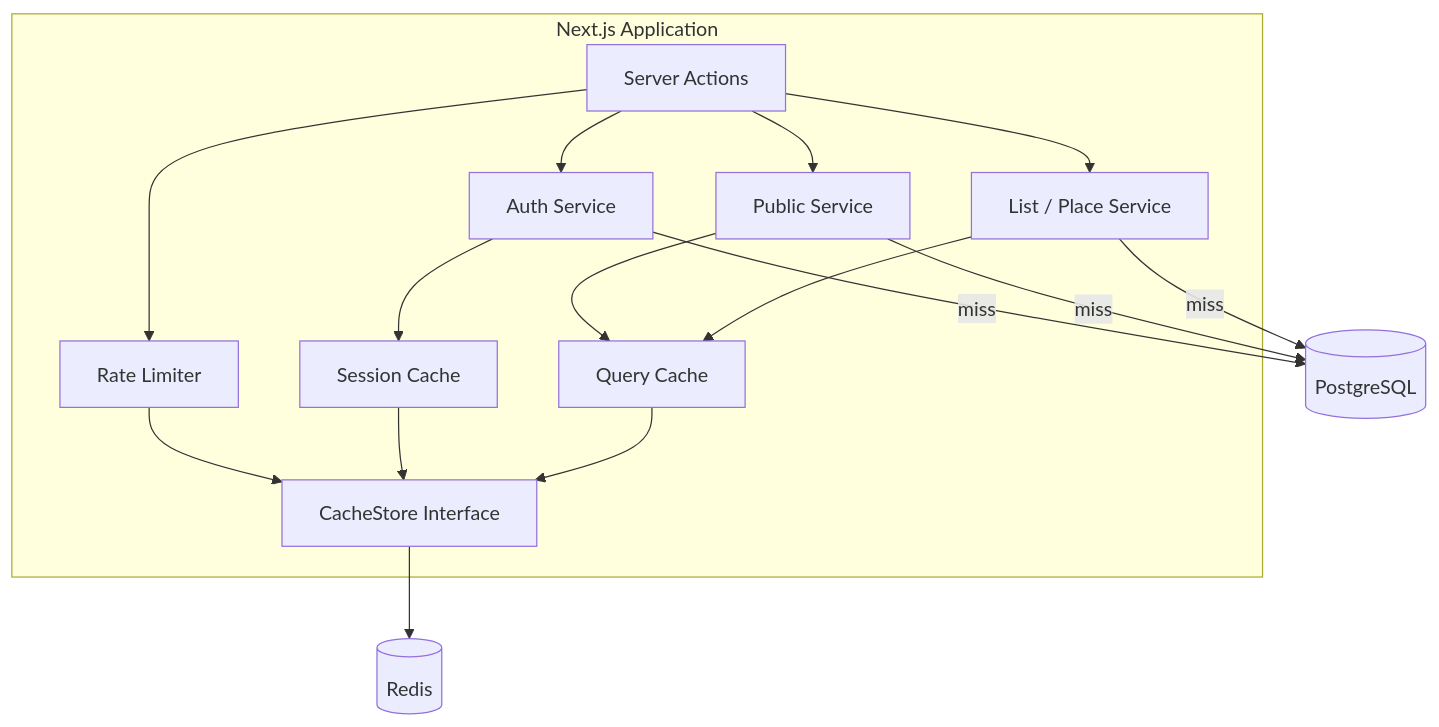
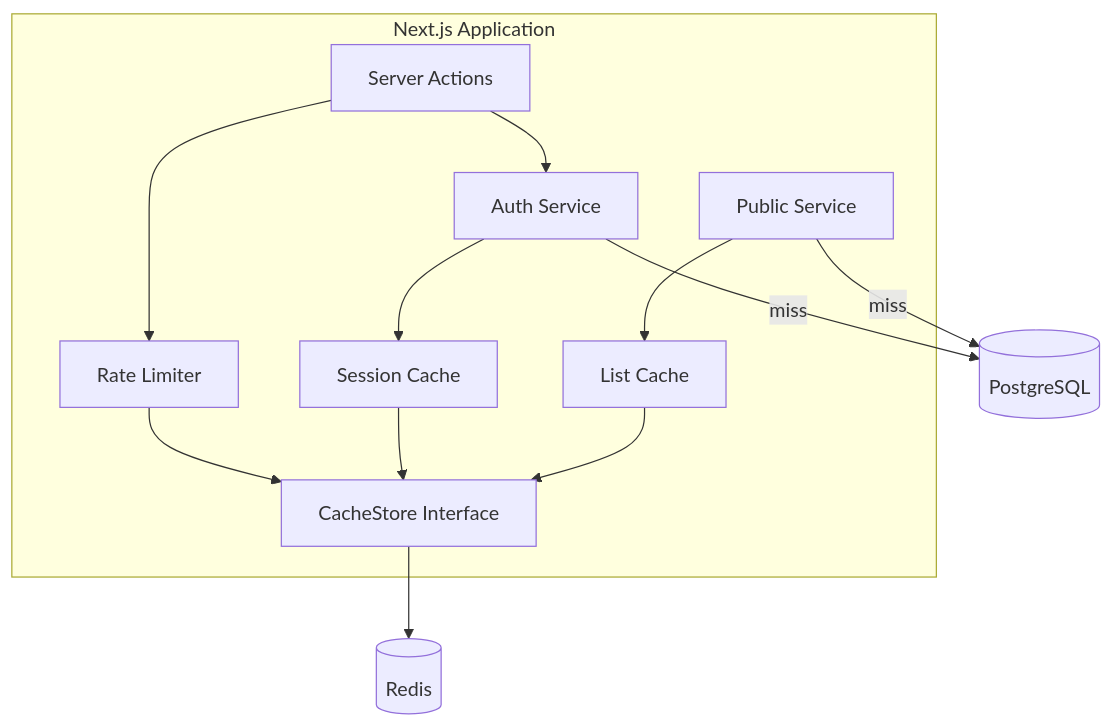
One commit to allev1985/topten changed the first of 5 diagrams in docs/decisions/caching-and-rate-limiting.md. Above: the diagram before and after it, drawn with Mermaid. The commit also changed other lines of this file and 20 other files, not shown here.

````diff
--- a/docs/decisions/caching-and-rate-limiting.md
+++ b/docs/decisions/caching-and-rate-limiting.md
@@ -32,28 +32,23 @@
 ```mermaid
 graph TD
     subgraph "Next.js Application"
         SA["Server Actions"]
         AS["Auth Service"]
         PS["Public Service"]
-        LS["List / Place Service"]
         RL["Rate Limiter"]
         SessC["Session Cache"]
-        QC["Query Cache"]
+        LC["List Cache"]
         CS["CacheStore Interface"]
     end
 
     SA --> RL
     SA --> AS
-    SA --> PS
-    SA --> LS
+    PS --> LC
     RL --> CS
     AS --> SessC
     SessC --> CS
-    PS --> QC
-    LS --> QC
-    QC --> CS
+    LC --> CS
     CS --> Redis[(Redis)]
     AS -->|"miss"| DB[(PostgreSQL)]
     PS -->|"miss"| DB
-    LS -->|"miss"| DB
 ```
````
